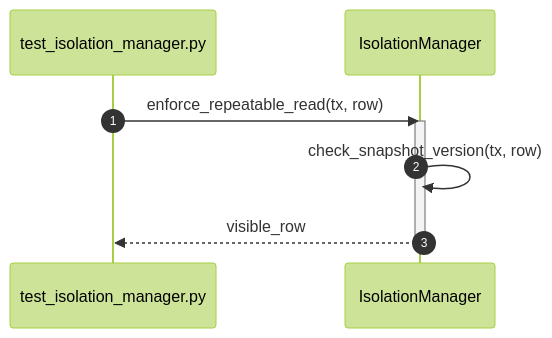
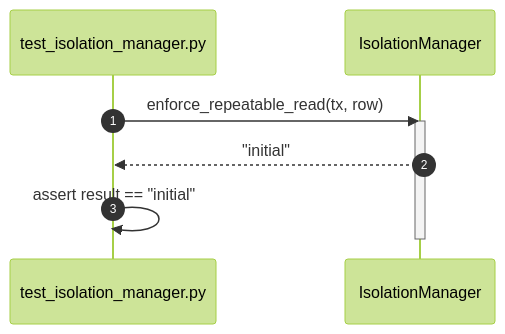
The ninth of 52 diagrams in diagrams/sequence/transaction.md (taitran501/DBMS), drawn with Mermaid (forest theme) before and after one commit. The commit also changed other lines of this file and 6 other files, not shown here.

````diff
--- a/diagrams/sequence/transaction.md
+++ b/diagrams/sequence/transaction.md
@@ -139,12 +139,12 @@
 ```mermaid
 sequenceDiagram
     autonumber
     participant Test as test_isolation_manager.py
     participant SUT as IsolationManager
 
     Test->>SUT: enforce_repeatable_read(tx, row)
     activate SUT
-    SUT->>SUT: check_snapshot_version(tx, row)
-    SUT-->>Test: visible_row
+    SUT-->>Test: "initial"
+    Test->>Test: assert result == "initial"
     deactivate SUT
 ```
````
